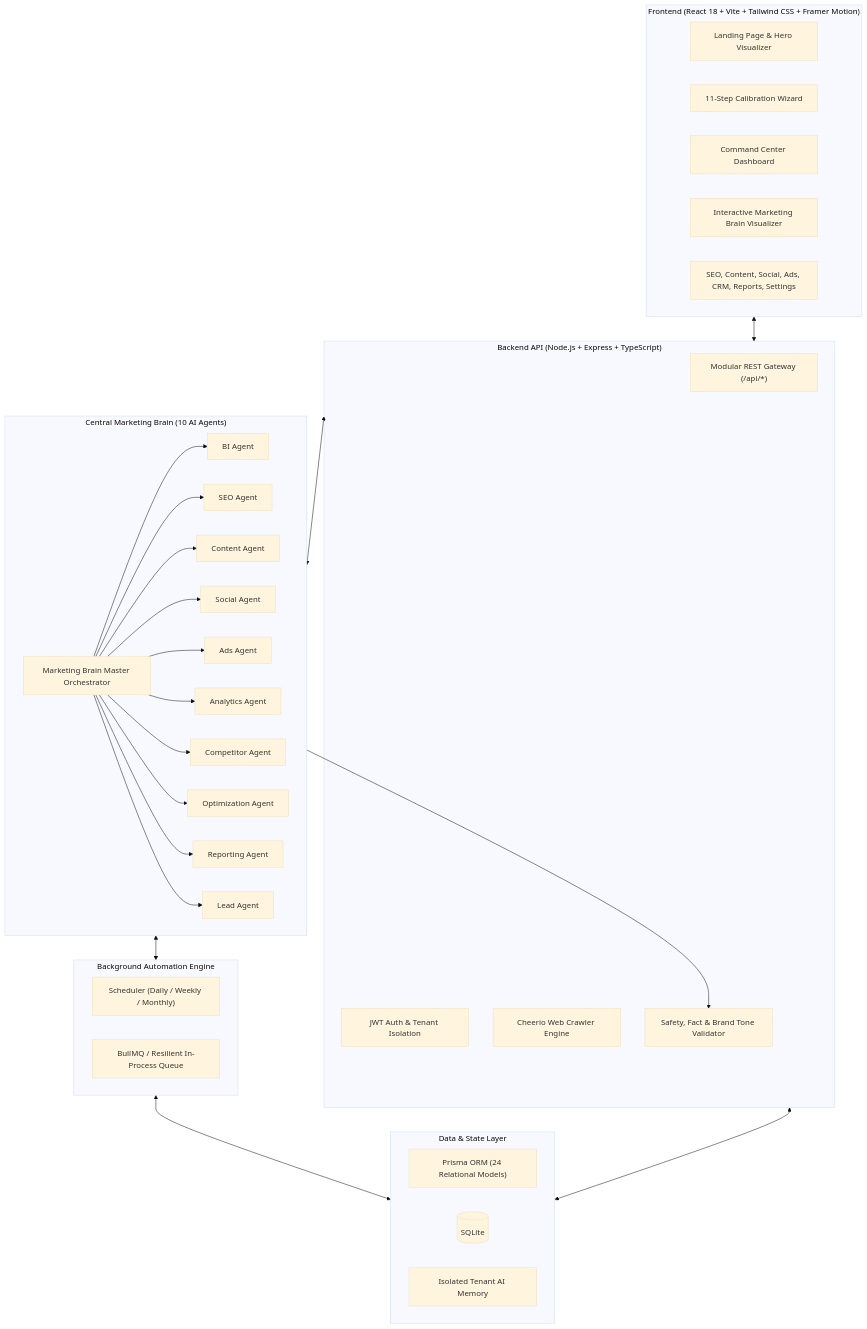
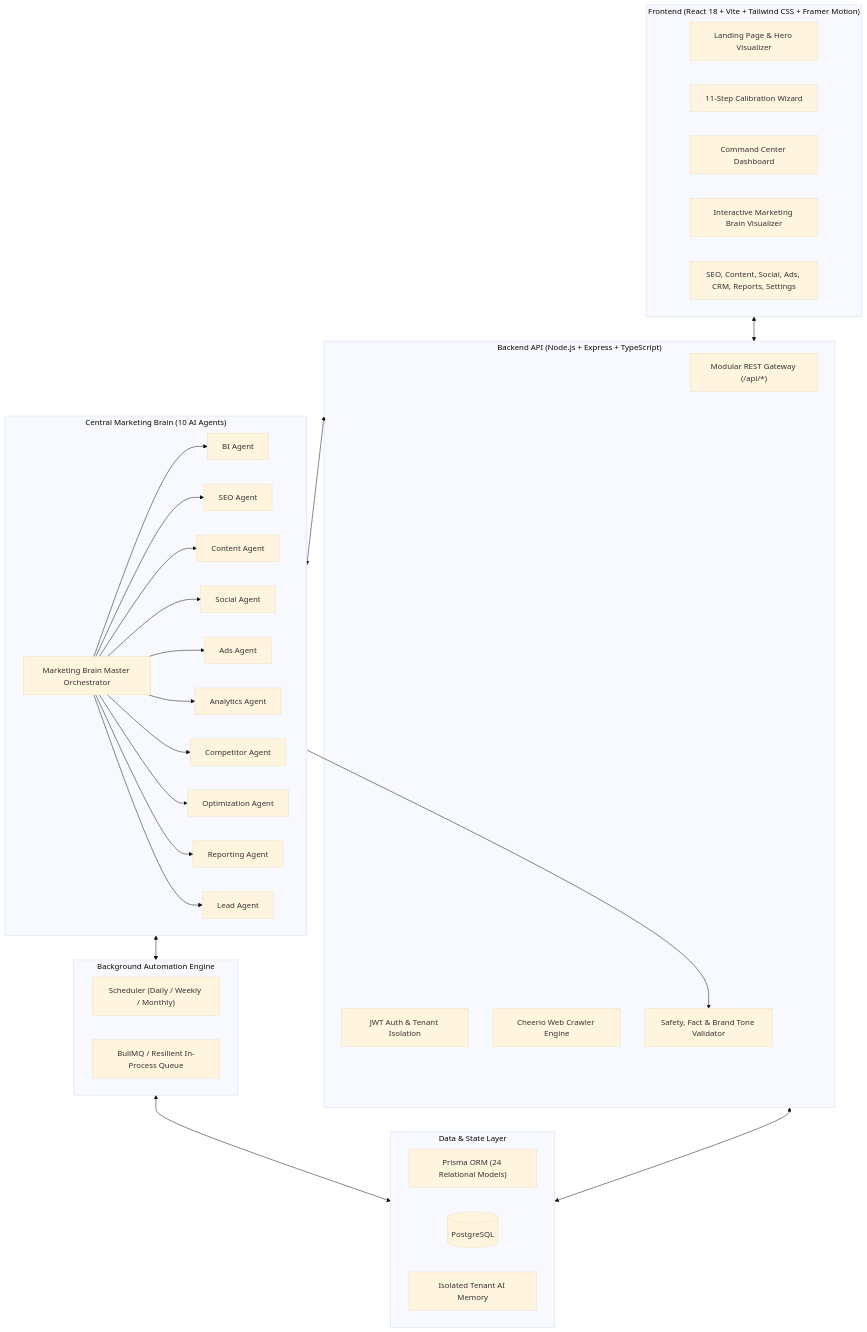
One commit to SiddhiRastogi706/add-on-ai changed the diagram in README.md. Above: the diagram before and after it, drawn with Mermaid (base theme). The commit also changed other lines of this file and 8 other files, not shown here.

````diff
--- a/README.md
+++ b/README.md
@@ -39,50 +39,50 @@
 ```mermaid
 flowchart TD
     subgraph Frontend["Frontend (React 18 + Vite + Tailwind CSS + Framer Motion)"]
         Landing["Landing Page & Hero Visualizer"]
         Onboarding["11-Step Calibration Wizard"]
         Dashboard["Command Center Dashboard"]
         AgentGraph["Interactive Marketing Brain Visualizer"]
         Modules["SEO, Content, Social, Ads, CRM, Reports, Settings"]
     end
 
     subgraph BackendAPI["Backend API (Node.js + Express + TypeScript)"]
         Router["Modular REST Gateway (/api/*)"]
         AuthMid["JWT Auth & Tenant Isolation"]
         Crawler["Cheerio Web Crawler Engine"]
         Safety["Safety, Fact & Brand Tone Validator"]
     end
 
     subgraph CentralBrain["Central Marketing Brain (10 AI Agents)"]
         Brain["Marketing Brain Master Orchestrator"]
         BI["BI Agent"]
         SEO["SEO Agent"]
         Content["Content Agent"]
         Social["Social Agent"]
         Ads["Ads Agent"]
         Analytics["Analytics Agent"]
         Competitor["Competitor Agent"]
         Opt["Optimization Agent"]
         Report["Reporting Agent"]
         Lead["Lead Agent"]
     end
 
     subgraph BackgroundEngine["Background Automation Engine"]
         Scheduler["Scheduler (Daily / Weekly / Monthly)"]
         Queue["BullMQ / Resilient In-Process Queue"]
     end
 
     subgraph DataStorage["Data & State Layer"]
         PrismaORM["Prisma ORM (24 Relational Models)"]
-        Database[(SQLite)]
+        Database[(PostgreSQL)]
         AIMemory["Isolated Tenant AI Memory"]
     end
 
     Frontend <--> BackendAPI
     BackendAPI <--> CentralBrain
     CentralBrain --> Safety
     CentralBrain <--> BackgroundEngine
     BackendAPI <--> DataStorage
     BackgroundEngine <--> DataStorage
     Brain --> BI & SEO & Content & Social & Ads & Analytics & Competitor & Opt & Report & Lead
 ```
````
